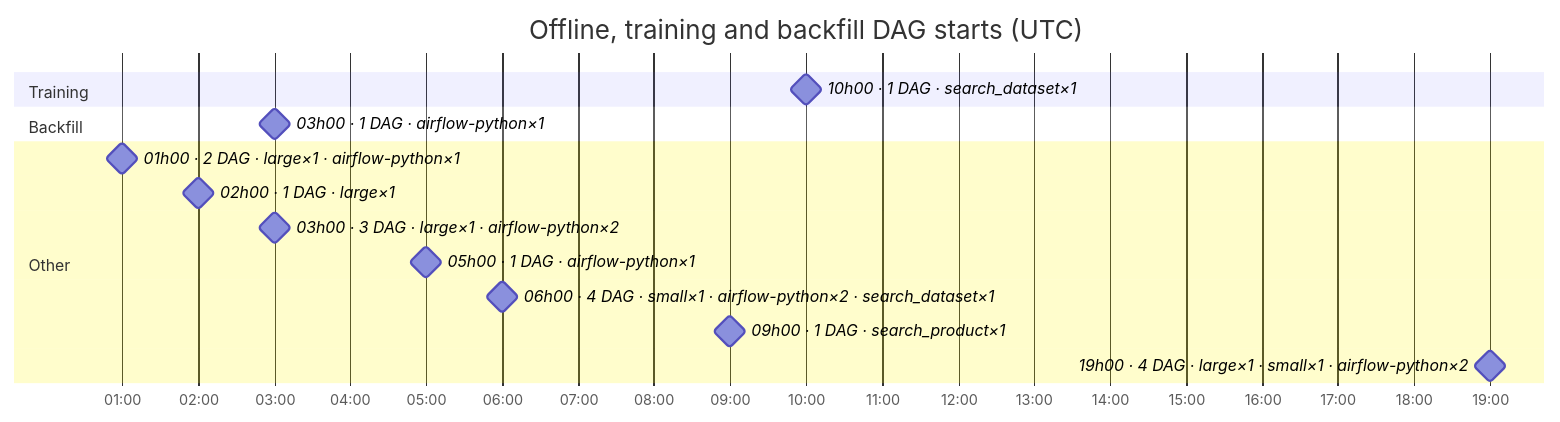
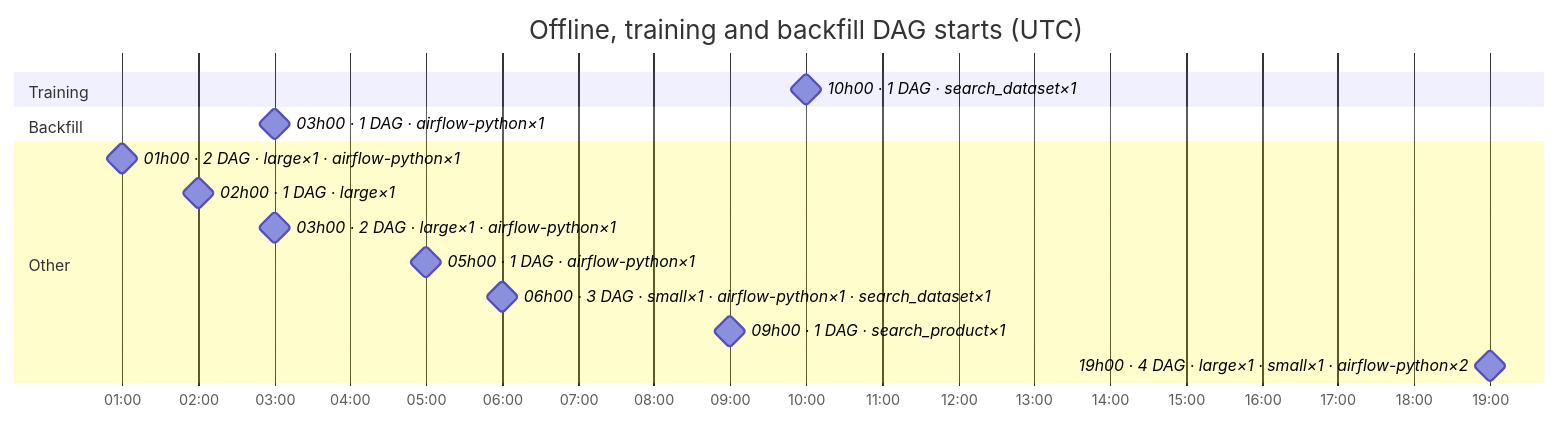
Before and after one commit to DayMarket/ml-feature-platform: the sixth of 7 diagrams in docs/feature_platform_map.md, drawn with Mermaid. The commit also changed other lines of this file and 1 other file, not shown here.

````diff
--- a/docs/feature_platform_map.md
+++ b/docs/feature_platform_map.md
@@ -273,19 +279,19 @@
 ```mermaid
 gantt
     title Offline, training and backfill DAG starts (UTC)
     dateFormat HH:mm
     axisFormat %H:%M
     tickInterval 1hour
     section Training
     10h00 · 1 DAG · search_dataset×1 :milestone, s0_0600, 10:00, 0m
     section Backfill
     03h00 · 1 DAG · airflow-python×1 :milestone, s1_0180, 03:00, 0m
     section Other
     01h00 · 2 DAG · large×1 · airflow-python×1 :milestone, s2_0060, 01:00, 0m
     02h00 · 1 DAG · large×1 :milestone, s2_0120, 02:00, 0m
-    03h00 · 3 DAG · large×1 · airflow-python×2 :milestone, s2_0180, 03:00, 0m
+    03h00 · 2 DAG · large×1 · airflow-python×1 :milestone, s2_0180, 03:00, 0m
     05h00 · 1 DAG · airflow-python×1 :milestone, s2_0300, 05:00, 0m
-    06h00 · 4 DAG · small×1 · airflow-python×2 · search_dataset×1 :milestone, s2_0360, 06:00, 0m
+    06h00 · 3 DAG · small×1 · airflow-python×1 · search_dataset×1 :milestone, s2_0360, 06:00, 0m
     09h00 · 1 DAG · search_product×1 :milestone, s2_0540, 09:00, 0m
     19h00 · 4 DAG · large×1 · small×1 · airflow-python×2 :milestone, s2_1140, 19:00, 0m
 ```
````
